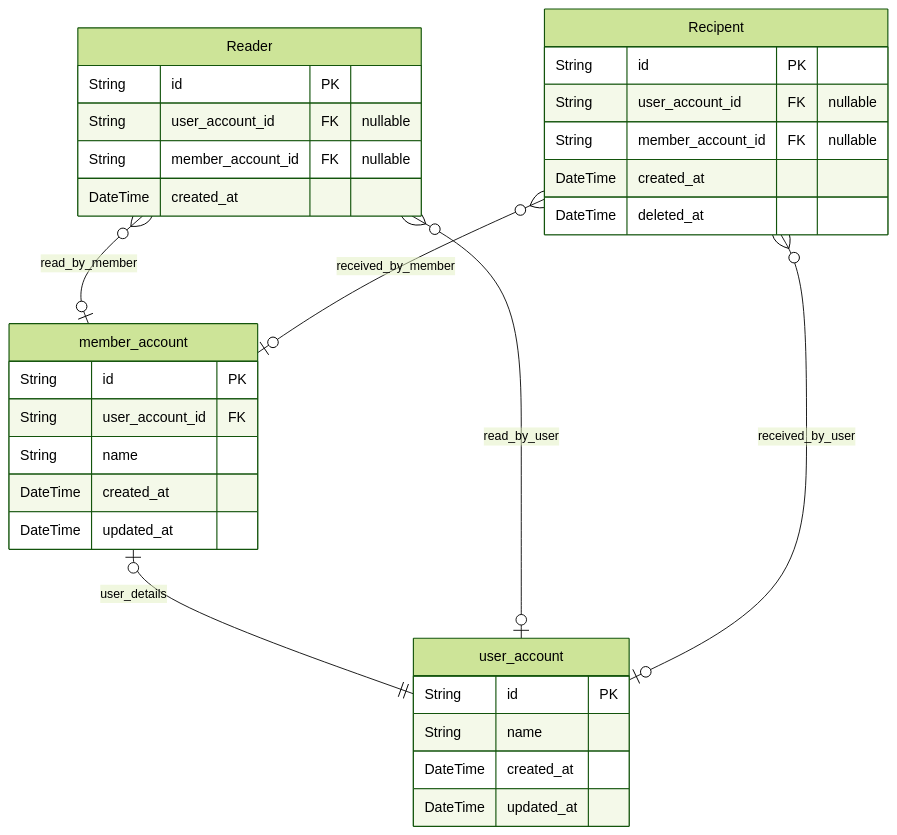
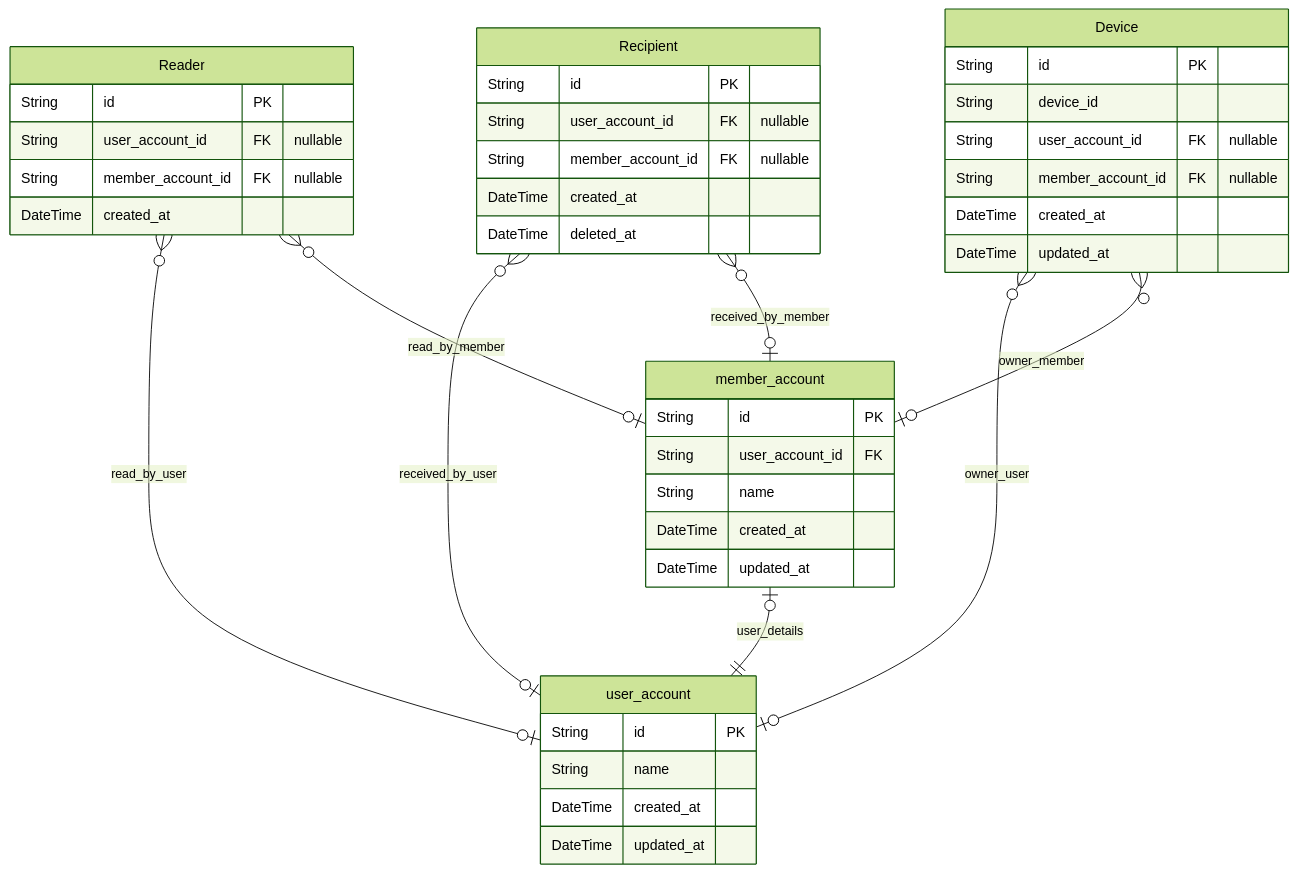
One commit to Mailly-Project/Mailly-BE changed the diagram in docs/ERD.md. Above: the diagram before and after it, drawn with Mermaid (forest theme). The commit also changed other lines of this file and 1 other file, not shown here.

Commit message:
feat: device entity

````diff
--- a/docs/ERD.md
+++ b/docs/ERD.md
@@ -7,34 +7,44 @@
 ```mermaid
 erDiagram
 "user_account" {
   String id PK
   String name
   DateTime created_at
   DateTime updated_at
 }
 "member_account" {
   String id PK
   String user_account_id FK
   String name
   DateTime created_at
   DateTime updated_at
 }
 "Reader" {
   String id PK
   String user_account_id FK "nullable"
   String member_account_id FK "nullable"
   DateTime created_at
 }
-"Recipent" {
+"Recipient" {
   String id PK
   String user_account_id FK "nullable"
   String member_account_id FK "nullable"
   DateTime created_at
   DateTime deleted_at
 }
+"Device" {
+  String id PK
+  String device_id
+  String user_account_id FK "nullable"
+  String member_account_id FK "nullable"
+  DateTime created_at
+  DateTime updated_at
+}
 "member_account" |o--|| "user_account" : user_details
 "Reader" }o--o| "user_account" : read_by_user
 "Reader" }o--o| "member_account" : read_by_member
-"Recipent" }o--o| "user_account" : received_by_user
-"Recipent" }o--o| "member_account" : received_by_member
+"Recipient" }o--o| "user_account" : received_by_user
+"Recipient" }o--o| "member_account" : received_by_member
+"Device" }o--o| "user_account" : owner_user
+"Device" }o--o| "member_account" : owner_member
 ```
````
